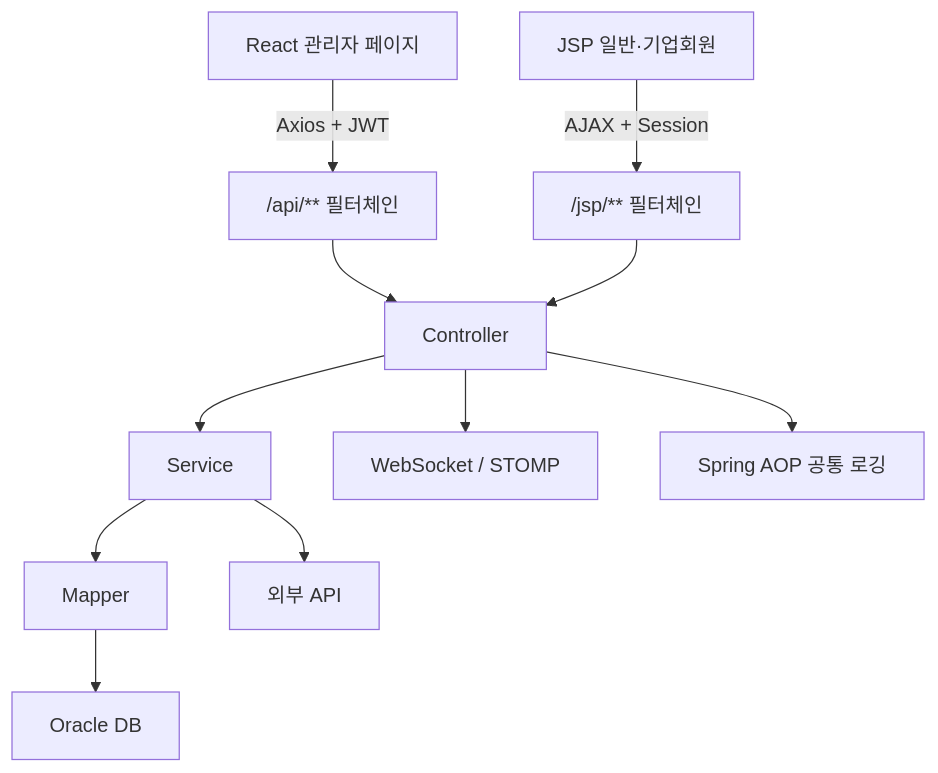
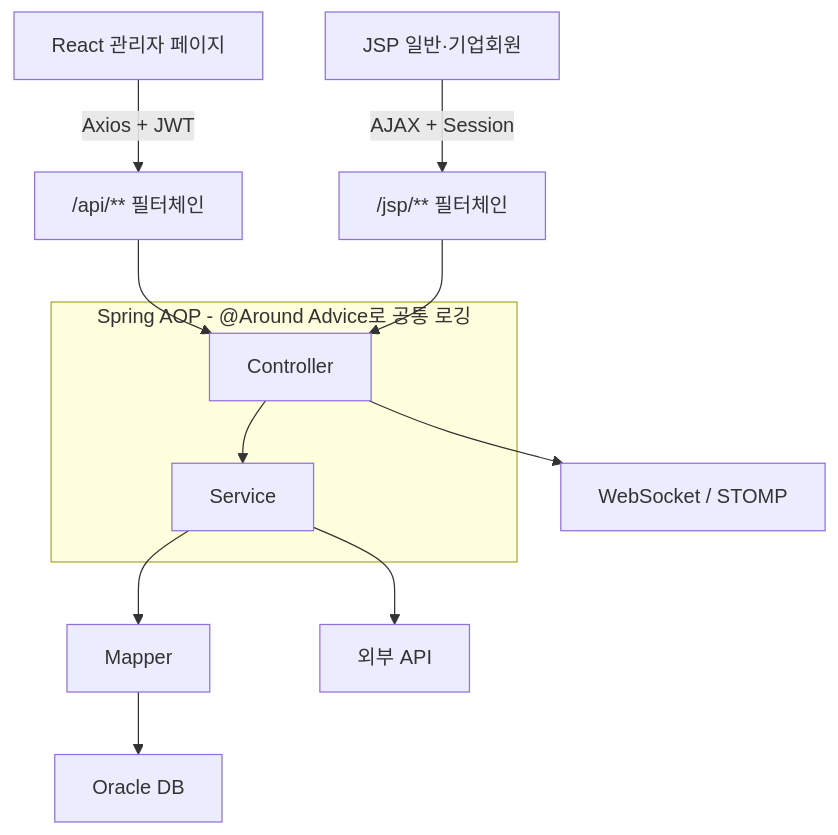
Before and after one commit to dongkun8130/MohaengProject: the diagram in README.md, drawn with Mermaid. The commit also changed other lines of this file, not shown here.

````diff
--- a/README.md
+++ b/README.md
@@ -109,13 +101,18 @@
 ```mermaid
-flowchart TD
+flowchart TB
     A[React 관리자 페이지] -->|Axios + JWT| C["/api/** 필터체인"]
     B[JSP 일반·기업회원] -->|AJAX + Session| D["/jsp/** 필터체인"]
-    C --> E[Controller]
+
+    subgraph AOP["Spring AOP - @Around Advice로 공통 로깅"]
+        E[Controller]
+        F[Service]
+    end
+
+    C --> E
     D --> E
-    E --> F[Service]
+    E --> F
     F --> G[Mapper]
     G --> H[Oracle DB]
     F --> I[외부 API]
     E --> J[WebSocket / STOMP]
-    E --> K[Spring AOP 공통 로깅]
 ```
````
